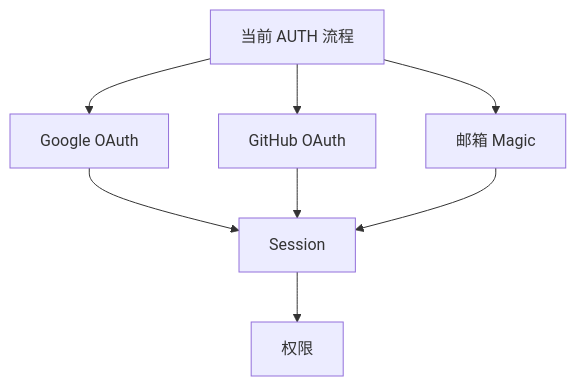
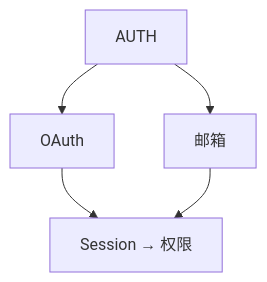
Before and after one commit to Kirky-X/specmark: the third of 3 diagrams in references/explore.md, drawn with Mermaid. The commit also changed other lines of this file and 3 other files, not shown here.

````diff
--- a/references/explore.md
+++ b/references/explore.md
@@ -163,10 +155,4 @@
 ```mermaid
 flowchart TD
-  Title["当前 AUTH 流程"] --> Google["Google OAuth"]
-  Title --> GitHub["GitHub OAuth"]
-  Title --> Email["邮箱 Magic"]
-  Google --> Session["Session"]
-  GitHub --> Session
-  Email --> Session
-  Session --> Perms["权限"]
+  Auth["AUTH"] --> OAuth["OAuth"] & Email["邮箱"] --> Session["Session → 权限"]
 ```
````
